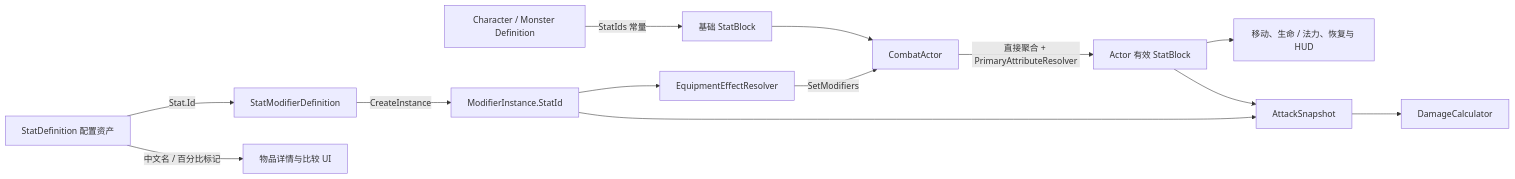
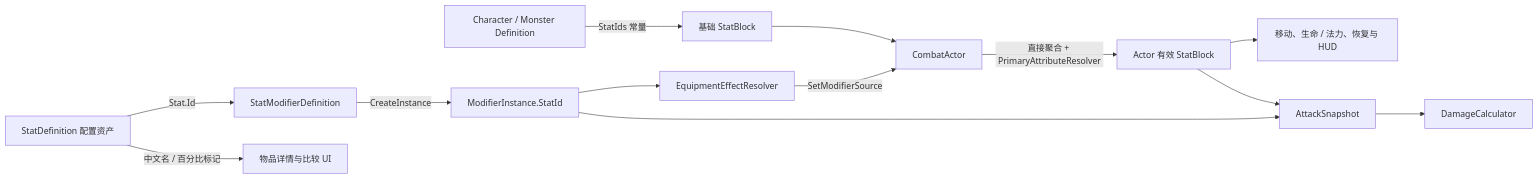
One commit to IshmaelHeathcliff/DarkFlare changed the diagram in Docs/docs/stat-system.md. Above: the diagram before and after it, drawn with Mermaid. The commit also changed other lines of this file and 95 other files, not shown here.

````diff
--- a/Docs/docs/stat-system.md
+++ b/Docs/docs/stat-system.md
@@ -13,15 +13,15 @@
 ```mermaid
 flowchart LR
   A["StatDefinition 配置资产"] -->|"Stat.Id"| B["StatModifierDefinition"]
   B -->|"CreateInstance"| C["ModifierInstance.StatId"]
   D["Character / Monster Definition"] -->|"StatIds 常量"| E["基础 StatBlock"]
   C --> F["EquipmentEffectResolver"]
   E --> G["CombatActor"]
-  F -->|"SetModifiers"| G
+  F -->|"SetModifierSource"| G
   G -->|"直接聚合 + PrimaryAttributeResolver"| H["Actor 有效 StatBlock"]
   H --> I["移动、生命 / 法力、恢复与 HUD"]
   H --> J["AttackSnapshot"]
   C --> J
   J --> K["DamageCalculator"]
   A -->|"中文名 / 百分比标记"| L["物品详情与比较 UI"]
 ```
````
